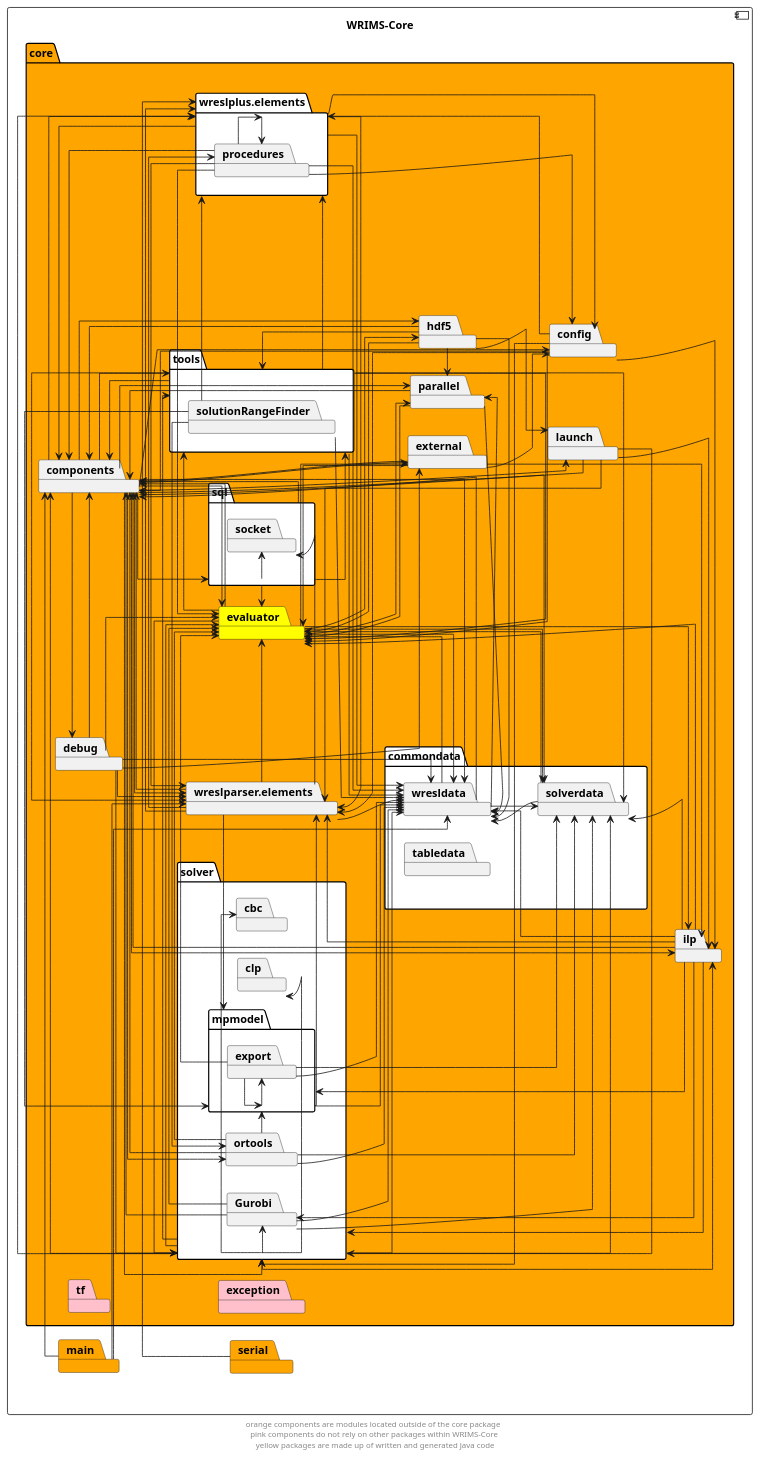
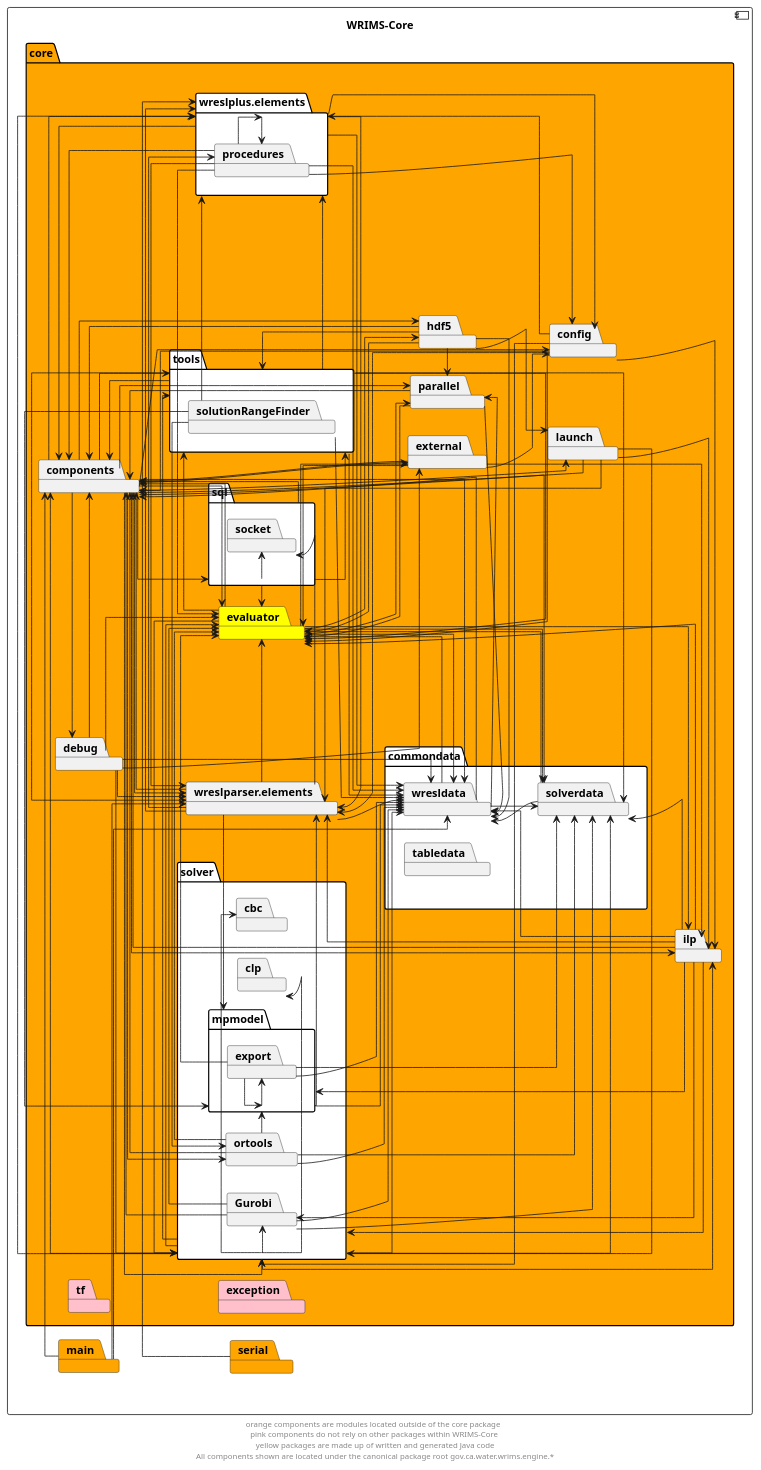
One commit to CentralValleyModeling/wrims-engine changed the diagram in docs/diagrams/wrims-core/wrims-core-interdeps.puml. Above: the diagram before and after it, drawn with PlantUML. The commit also changed 13 other files, not shown here.

Commit message:
Updated facade comments. Updated diagram package description. Updated README with facade reasoning.

```diff
--- a/docs/diagrams/wrims-core/wrims-core-interdeps.puml
+++ b/docs/diagrams/wrims-core/wrims-core-interdeps.puml
@@ -203,6 +203,6 @@
 solver -d[hidden]-> commondata
 tf -d[hidden]-> exception
 
-footer "orange components are modules located outside of the core package \n pink components do not rely on other packages within WRIMS-Core \n yellow packages are made up of written and generated Java code"
+footer "orange components are modules located outside of the core package \n pink components do not rely on other packages within WRIMS-Core \n yellow packages are made up of written and generated Java code\n All components shown are located under the canonical package root gov.ca.water.wrims.engine.*"
 
 @enduml
```
